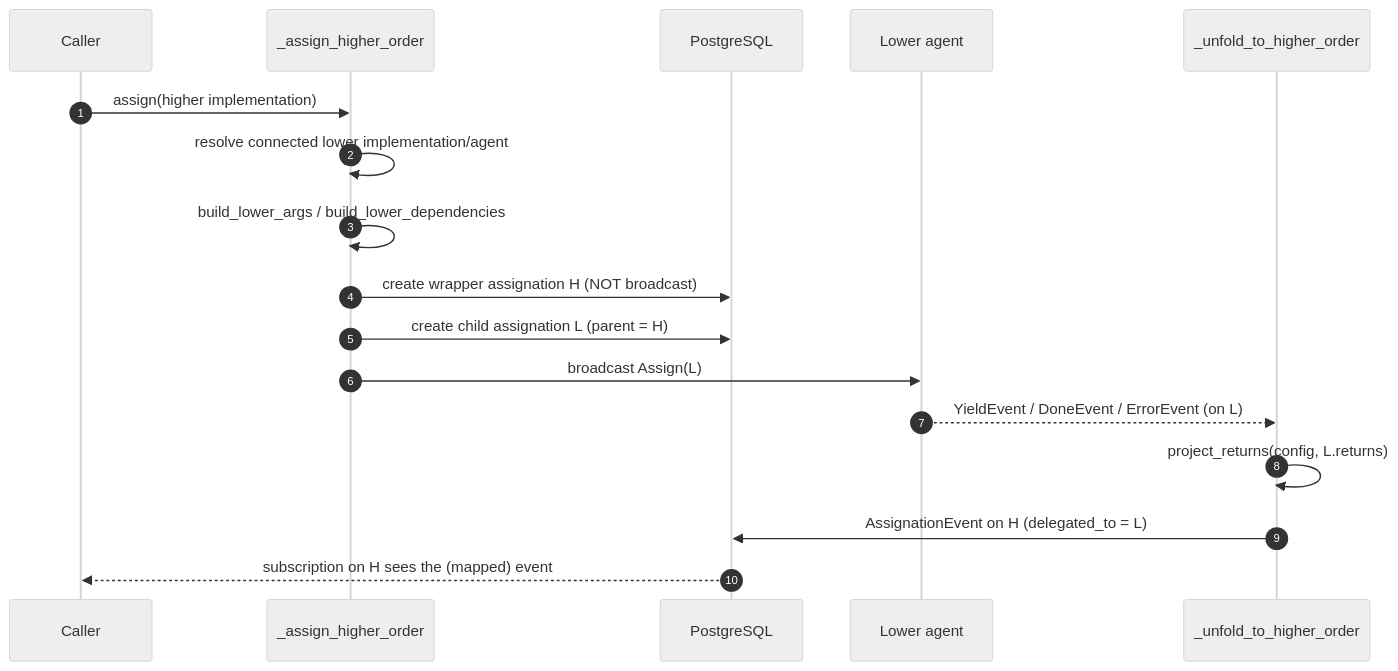
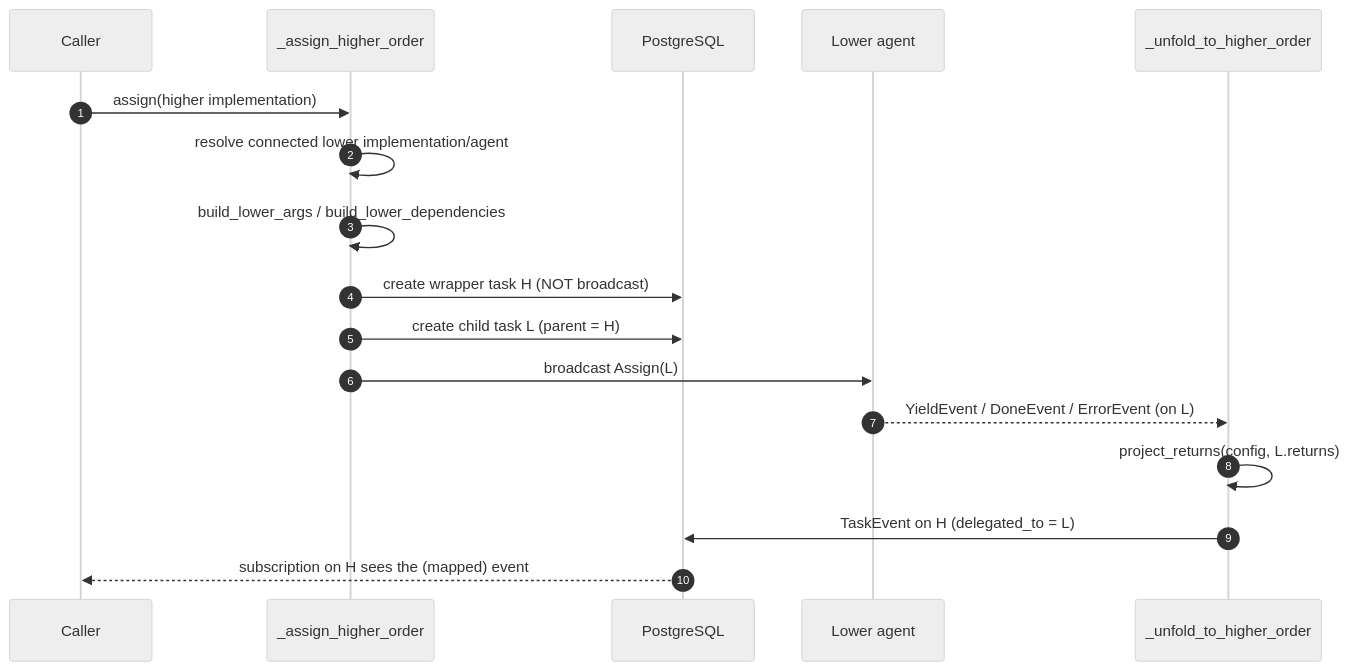
The diagram in docs/design/higher-order.md (arkitektio/rekuest-server-next), drawn with Mermaid (neutral theme) before and after one commit. The commit also changed other lines of this file and 85 other files, not shown here.

````diff
--- a/docs/design/higher-order.md
+++ b/docs/design/higher-order.md
@@ -39,20 +39,20 @@
 ```mermaid
 sequenceDiagram
     autonumber
     participant C as Caller
     participant BE as _assign_higher_order
     participant DB as PostgreSQL
     participant AG as Lower agent
     participant PB as _unfold_to_higher_order
 
     C->>BE: assign(higher implementation)
     BE->>BE: resolve connected lower implementation/agent
     BE->>BE: build_lower_args / build_lower_dependencies
-    BE->>DB: create wrapper assignation H (NOT broadcast)
-    BE->>DB: create child assignation L (parent = H)
+    BE->>DB: create wrapper task H (NOT broadcast)
+    BE->>DB: create child task L (parent = H)
     BE->>AG: broadcast Assign(L)
     AG-->>PB: YieldEvent / DoneEvent / ErrorEvent (on L)
     PB->>PB: project_returns(config, L.returns)
-    PB->>DB: AssignationEvent on H (delegated_to = L)
+    PB->>DB: TaskEvent on H (delegated_to = L)
     DB-->>C: subscription on H sees the (mapped) event
 ```
````
